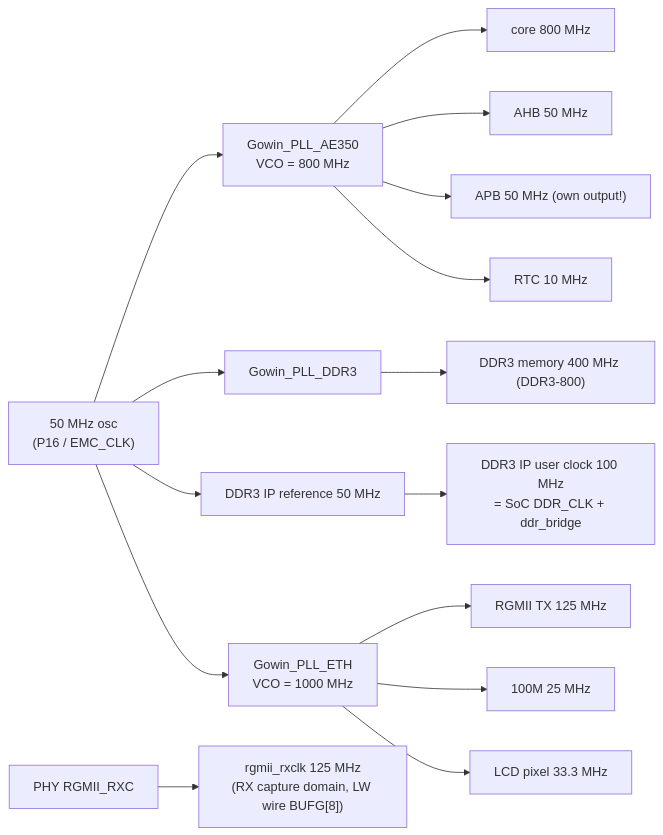
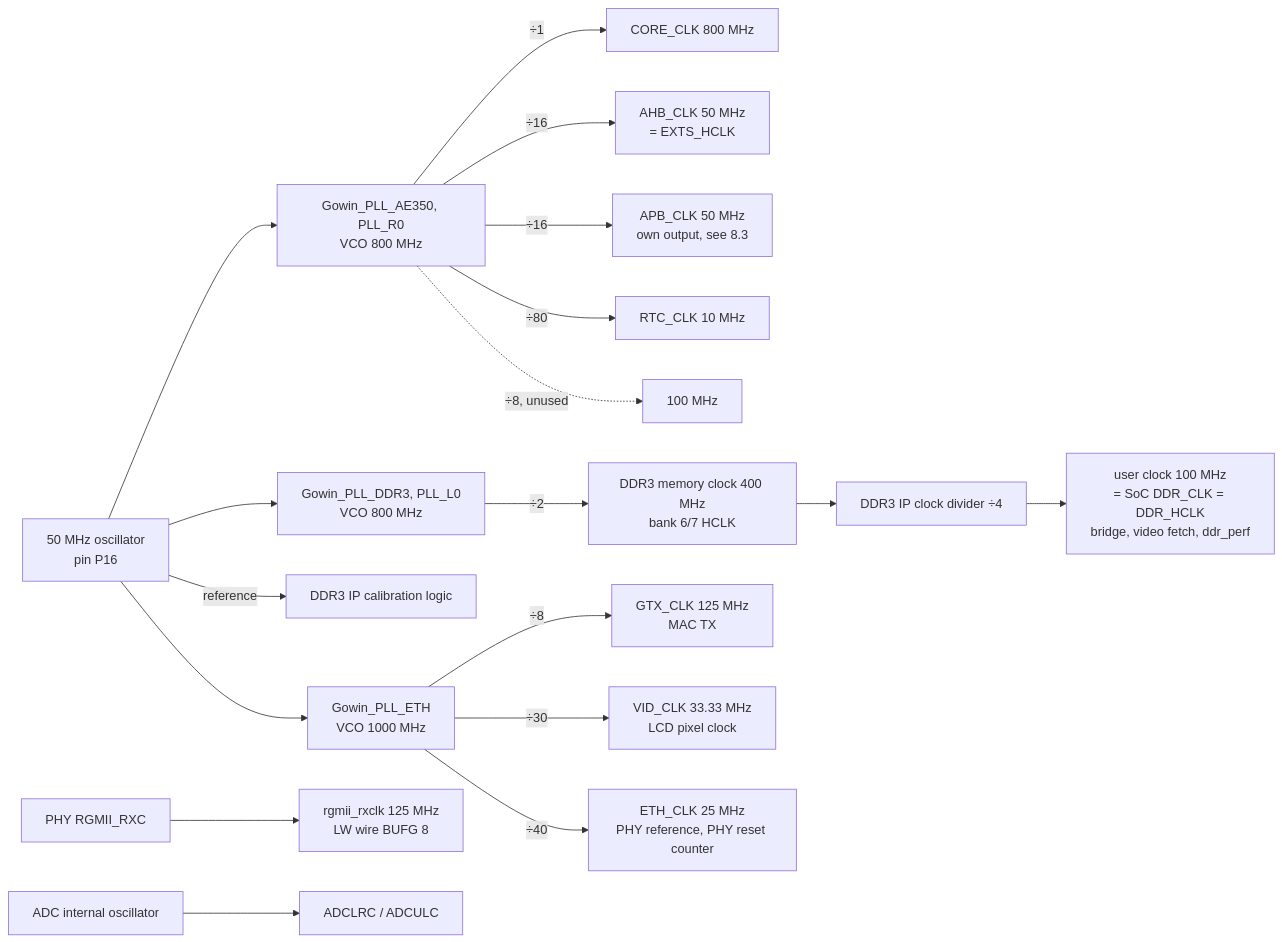
The third of 6 diagrams in doc/01-architecture.md (phoenix367/tang-mega-138K-Pro-demo), drawn with Mermaid before and after one commit. The commit also changed other lines of this file and 1 other file, not shown here.

First line of the commit message:
doc: hardware architecture in the order of an FPGA architecture document

````diff
--- a/doc/01-architecture.md
+++ b/doc/01-architecture.md
@@ -147,22 +358,21 @@
 ```mermaid
-graph LR
-  OSC["50 MHz osc<br/>(P16 / EMC_CLK)"]
-
-  OSC --> PA["Gowin_PLL_AE350<br/>VCO = 800 MHz"]
-  PA --> C1["core 800 MHz"]
-  PA --> C2["AHB 50 MHz"]
-  PA --> C3["APB 50 MHz (own output!)"]
-  PA --> C4["RTC 10 MHz"]
-
-  OSC --> PD["Gowin_PLL_DDR3"]
-  PD --> D["DDR3 memory 400 MHz (DDR3-800)"]
-  OSC --> DDRIP["DDR3 IP reference 50 MHz"]
-  DDRIP --> U["DDR3 IP user clock 100 MHz<br/>= SoC DDR_CLK + ddr_bridge"]
-
-  OSC --> PE["Gowin_PLL_ETH<br/>VCO = 1000 MHz"]
-  PE --> E1["RGMII TX 125 MHz"]
-  PE --> E3["100M 25 MHz"]
-  PE --> E2["LCD pixel 33.3 MHz"]
-
-  PHY["PHY RGMII_RXC"] --> RX["rgmii_rxclk 125 MHz<br/>(RX capture domain, LW wire BUFG[8])"]
+flowchart LR
+  OSC["50 MHz oscillator<br/>pin P16"]
+  OSC --> PA["Gowin_PLL_AE350, PLL_R0<br/>VCO 800 MHz"]
+  PA -->|"÷1"| CORE["CORE_CLK 800 MHz"]
+  PA -->|"÷16"| AHB["AHB_CLK 50 MHz<br/>= EXTS_HCLK"]
+  PA -->|"÷16"| APBC["APB_CLK 50 MHz<br/>own output, see 8.3"]
+  PA -->|"÷80"| RTC["RTC_CLK 10 MHz"]
+  PA -.->|"÷8, unused"| X1["100 MHz"]
+  OSC --> PD["Gowin_PLL_DDR3, PLL_L0<br/>VCO 800 MHz"]
+  PD -->|"÷2"| MEM["DDR3 memory clock 400 MHz<br/>bank 6/7 HCLK"]
+  MEM --> DIV["DDR3 IP clock divider ÷4"]
+  DIV --> UCLK["user clock 100 MHz<br/>= SoC DDR_CLK = DDR_HCLK<br/>bridge, video fetch, ddr_perf"]
+  OSC -->|"reference"| DDRIP["DDR3 IP calibration logic"]
+  OSC --> PE["Gowin_PLL_ETH<br/>VCO 1000 MHz"]
+  PE -->|"÷8"| GTX["GTX_CLK 125 MHz<br/>MAC TX"]
+  PE -->|"÷30"| PCLK["VID_CLK 33.33 MHz<br/>LCD pixel clock"]
+  PE -->|"÷40"| E25["ETH_CLK 25 MHz<br/>PHY reference, PHY reset counter"]
+  PHY["PHY RGMII_RXC"] --> RXC["rgmii_rxclk 125 MHz<br/>LW wire BUFG 8"]
+  OSCI["ADC internal oscillator"] --> ADC["ADCLRC / ADCULC"]
 ```
````
